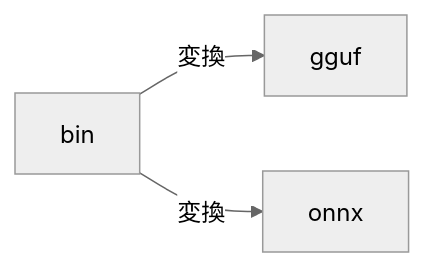
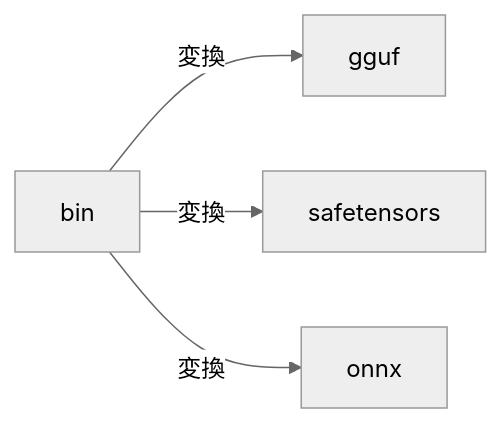
Before and after one commit to SparklingDetergent/doc_genai_About_the_local_LLM_operating_environment: the fourth of 11 diagrams in README.md, drawn with Mermaid (neutral theme). The commit also changed other lines of this file, not shown here.

````diff
--- a/README.md
+++ b/README.md
@@ -111,5 +114,6 @@
 ```mermaid
 graph LR
     A[bin] -->|変換| B[gguf]
+    A -->|変換| D[safetensors]
     A -->|変換| C[onnx]
 ```
````
